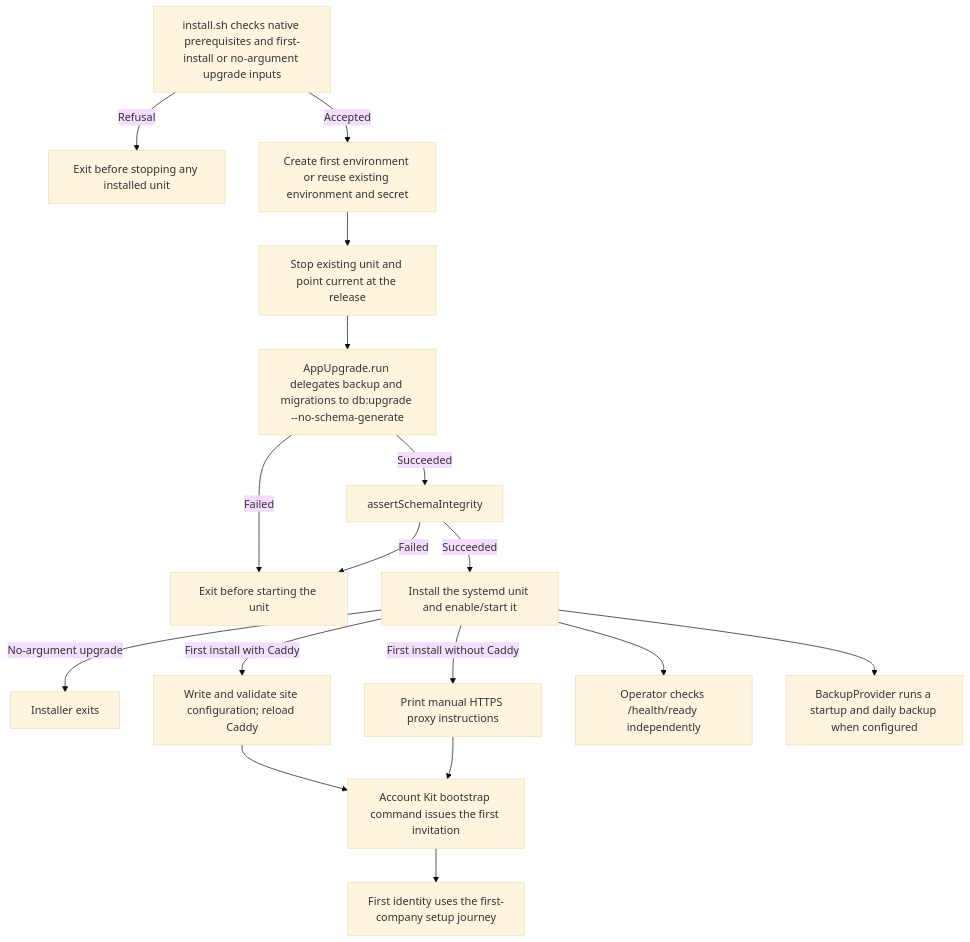
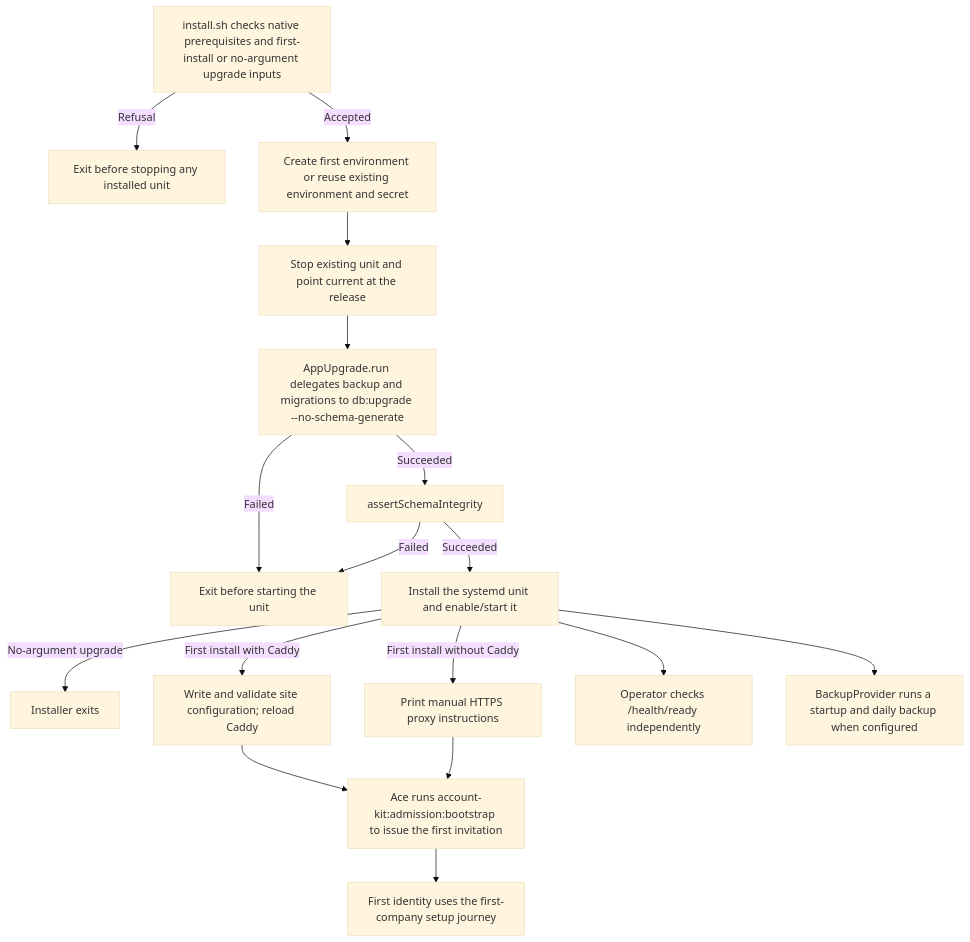
Before and after one commit to Kevinjohn/capacitylens: the second of 2 diagrams in user-stories/installation/US-INS-01-install-one-agency.md, drawn with Mermaid (base theme). The commit also changed other lines of this file and 26 other files, not shown here.

````diff
--- a/user-stories/installation/US-INS-01-install-one-agency.md
+++ b/user-stories/installation/US-INS-01-install-one-agency.md
@@ -37,19 +37,19 @@
 ```mermaid
 flowchart TD
   start["install.sh checks native prerequisites and first-install or no-argument upgrade inputs"] -->|Refusal| preflight["Exit before stopping any installed unit"]
   start -->|Accepted| env["Create first environment or reuse existing environment and secret"]
   env --> stop["Stop existing unit and point current at the release"]
   stop --> upgrade["AppUpgrade.run delegates backup and migrations to db:upgrade --no-schema-generate"]
   upgrade -->|Succeeded| integrity["assertSchemaIntegrity"]
   upgrade -->|Failed| stopped["Exit before starting the unit"]
   integrity -->|Failed| stopped
   integrity -->|Succeeded| service["Install the systemd unit and enable/start it"]
   service -->|No-argument upgrade| exitUpgrade["Installer exits"]
   service -->|First install with Caddy| caddy["Write and validate site configuration; reload Caddy"]
   service -->|First install without Caddy| proxy["Print manual HTTPS proxy instructions"]
-  caddy --> bootstrap["Account Kit bootstrap command issues the first invitation"]
+  caddy --> bootstrap["Ace runs account-kit:admission:bootstrap to issue the first invitation"]
   proxy --> bootstrap
   service --> probe["Operator checks /health/ready independently"]
   service --> backup["BackupProvider runs a startup and daily backup when configured"]
   bootstrap --> boundary["First identity uses the first-company setup journey"]
 ```
````
